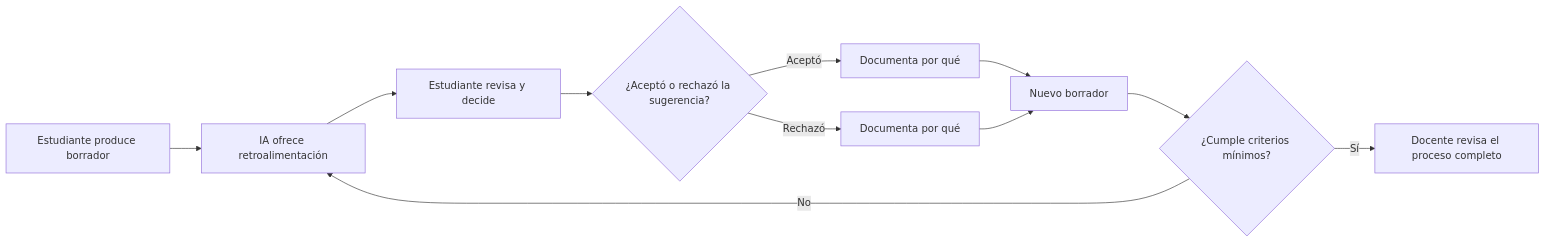
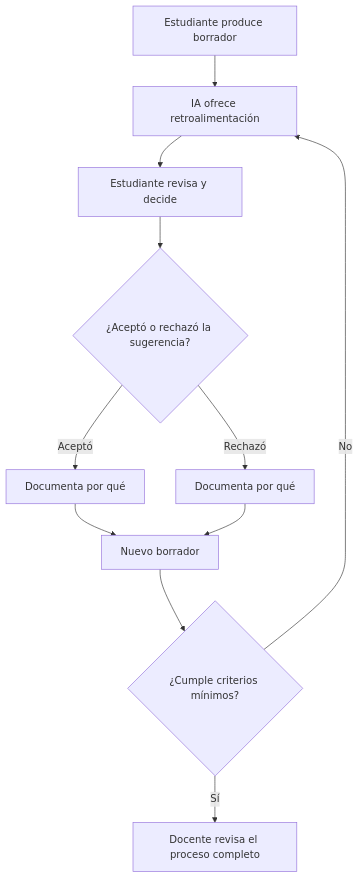
Before and after one commit to arqueon/aprendizaje-ia: the diagram in content/ia-educacion/guias/evaluacion-formativa-ia/index.md, drawn with Mermaid. The commit also changed other lines of this file and 2 other files, not shown here.

Commit message:
feat: update pedagogical resources with expanded student evaluation frameworks, refined instructional workflow diagrams, and revised documentation standards.

```diff
--- a/content/ia-educacion/guias/evaluacion-formativa-ia/index.md
+++ b/content/ia-educacion/guias/evaluacion-formativa-ia/index.md
@@ -38,13 +38,13 @@
 {{< mermaid >}}
-flowchart LR
+flowchart TD
     A[Estudiante produce borrador] --> B[IA ofrece retroalimentación]
     B --> C[Estudiante revisa y decide]
     C --> D{¿Aceptó o rechazó la sugerencia?}
     D -->|Aceptó| E[Documenta por qué]
     D -->|Rechazó| F[Documenta por qué]
     E --> G[Nuevo borrador]
     F --> G
     G --> H{¿Cumple criterios mínimos?}
     H -->|No| B
     H -->|Sí| I[Docente revisa el proceso completo]
 {{< /mermaid >}}
```
